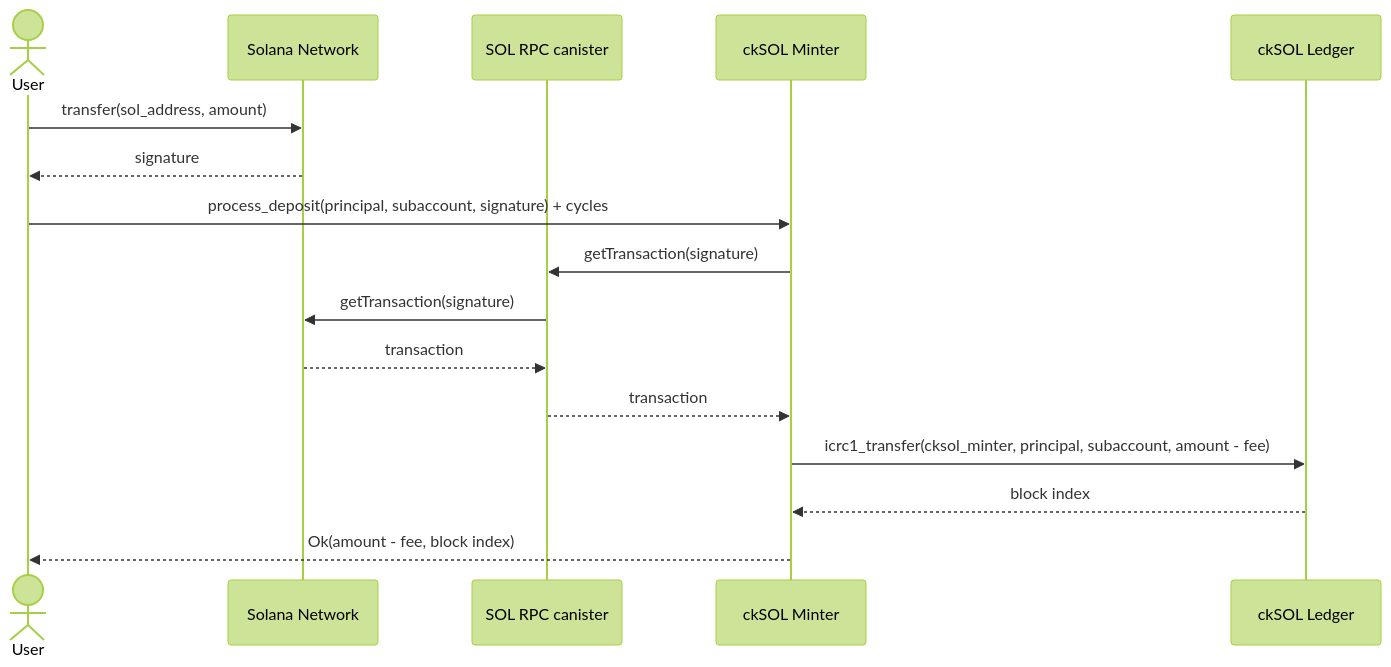
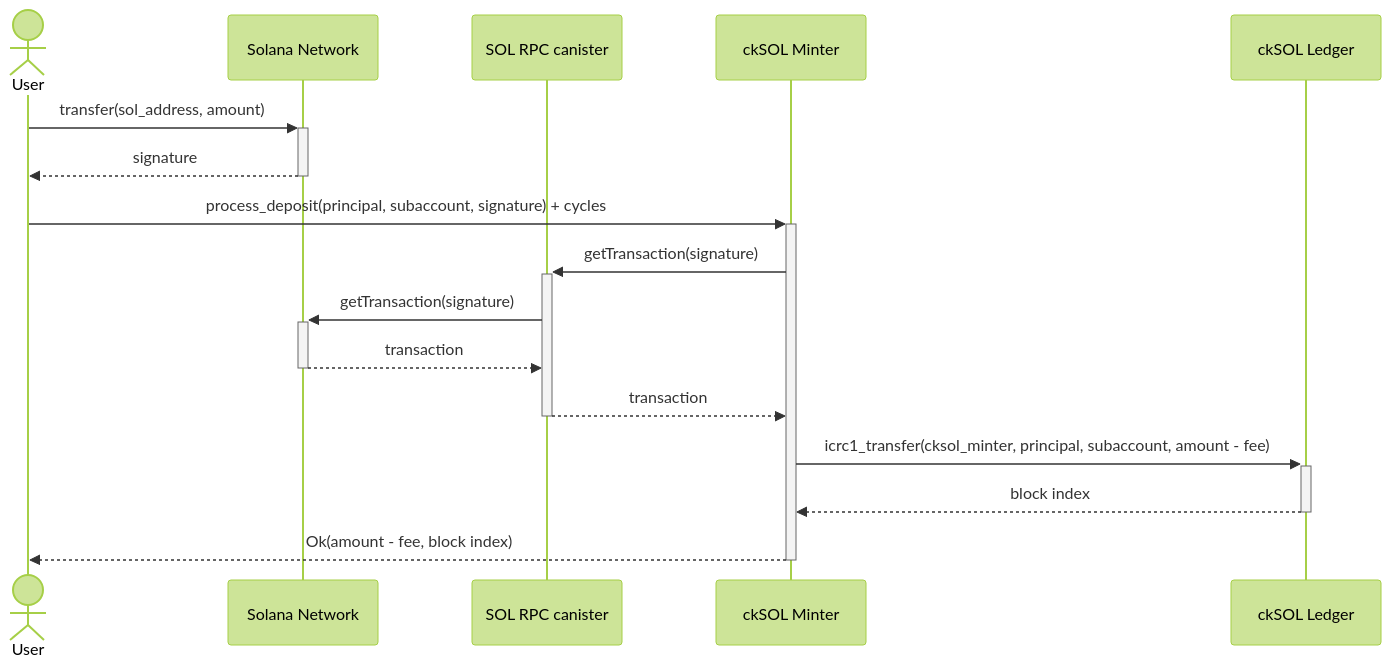
One commit to dfinity/cksol changed the third of 7 diagrams in docs/design.md. Above: the diagram before and after it, drawn with Mermaid (forest theme).

Commit message:
docs: show lifeline activations in the manual deposit flow diagram
Claude-Session: https://claude.ai/code/session_01VpFpbJ5sgNutGGJUQ5dmkr

````diff
--- a/docs/design.md
+++ b/docs/design.md
@@ -288,19 +288,19 @@
 ```mermaid
 sequenceDiagram
     actor User
     participant Solana as Solana Network
     participant RPC as SOL RPC canister
     participant Minter as ckSOL Minter
     participant Ledger as ckSOL Ledger
 
-    User->>Solana: transfer(sol_address, amount)
-    Solana-->>User: signature
-    User->>Minter: process_deposit(principal, subaccount, signature) + cycles
-    Minter->>RPC: getTransaction(signature)
-    RPC->>Solana: getTransaction(signature)
-    Solana-->>RPC: transaction
-    RPC-->>Minter: transaction
-    Minter->>Ledger: icrc1_transfer(cksol_minter, principal, subaccount, amount - fee)
-    Ledger-->>Minter: block index
-    Minter-->>User: Ok(amount - fee, block index)
+    User->>+Solana: transfer(sol_address, amount)
+    Solana-->>-User: signature
+    User->>+Minter: process_deposit(principal, subaccount, signature) + cycles
+    Minter->>+RPC: getTransaction(signature)
+    RPC->>+Solana: getTransaction(signature)
+    Solana-->>-RPC: transaction
+    RPC-->>-Minter: transaction
+    Minter->>+Ledger: icrc1_transfer(cksol_minter, principal, subaccount, amount - fee)
+    Ledger-->>-Minter: block index
+    Minter-->>-User: Ok(amount - fee, block index)
 ```
````
